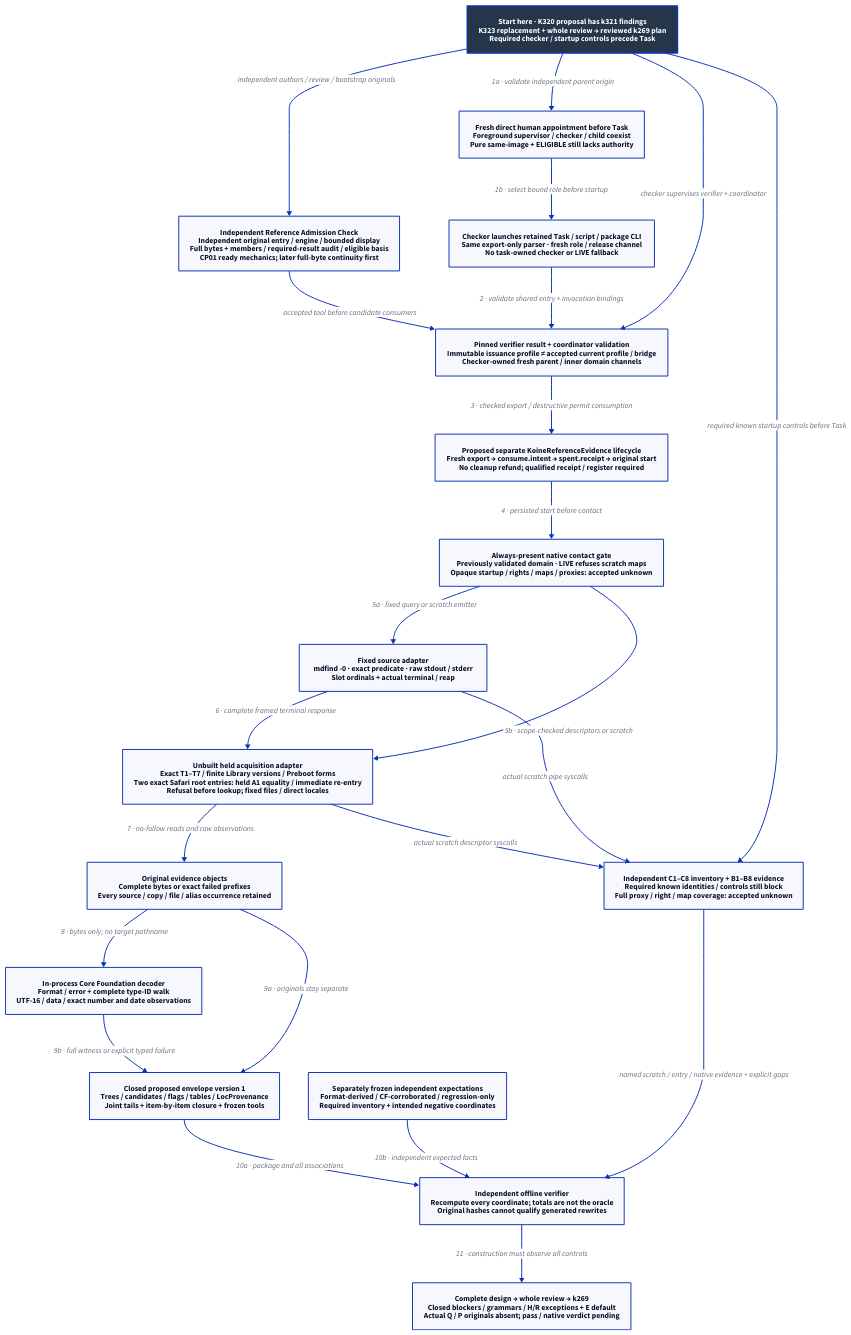
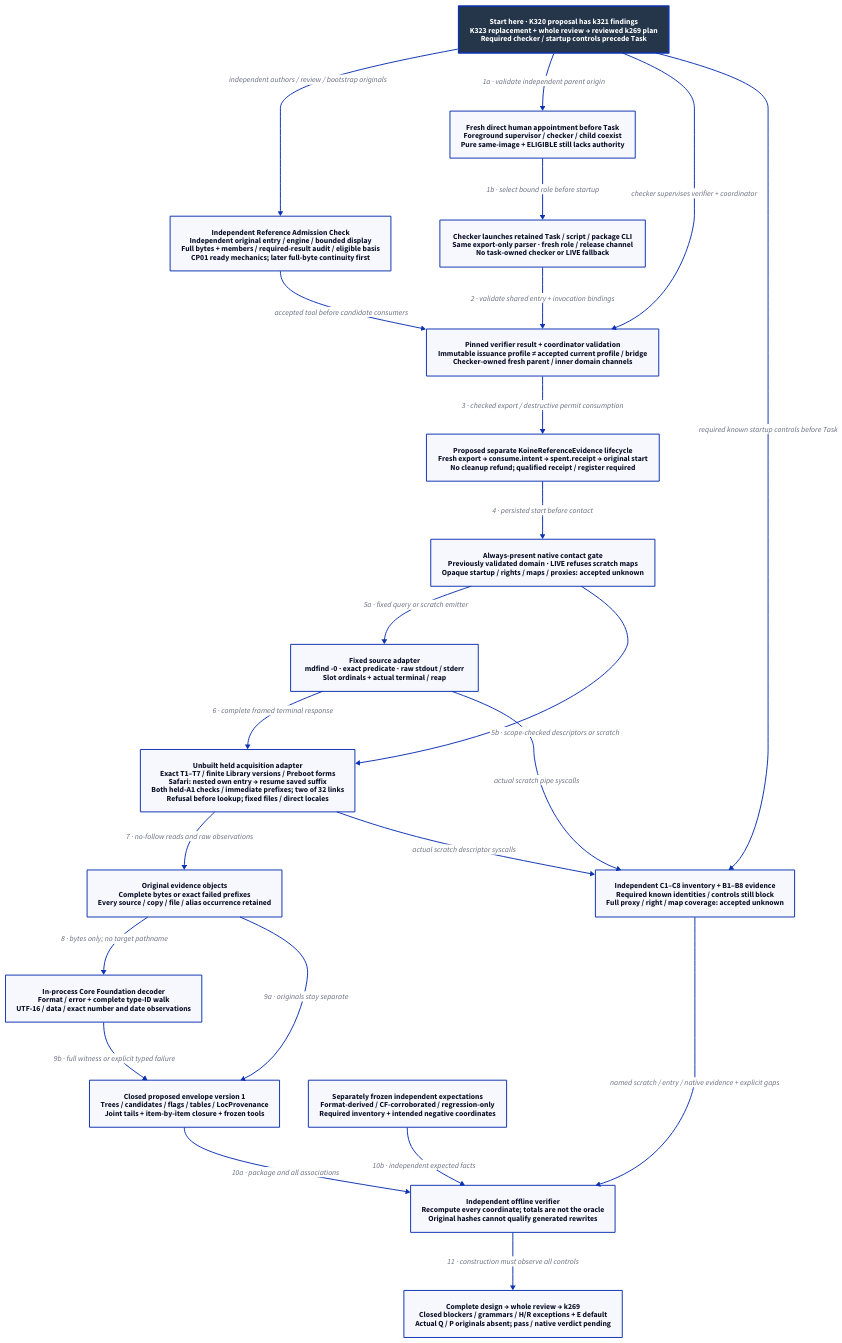
The diagram in docs/design/architecture/native-reference-instrument.d2 (Linkuistics/Koine), drawn with D2 before and after one commit. The commit also changed 22 other files, not shown here.

```diff
--- a/docs/design/architecture/native-reference-instrument.d2
+++ b/docs/design/architecture/native-reference-instrument.d2
@@ -1,43 +1,43 @@
 # Proposed evidence-tool components; none is implemented or qualified by this design.
 direction: down
 classes: {
   start: {style: {fill: "#25364B"; font-color: "#FFFFFF"; bold: true; stroke-width: 3}}
 }
 Start: "Start here · K320 proposal has k321 findings\nK323 replacement + whole review → reviewed k269 plan\nRequired checker / startup controls precede Task" {class: start}
 Role: "Fresh direct human appointment before Task\nForeground supervisor / checker / child coexist\nPure same-image + ELIGIBLE still lacks authority"
 Task: "Checker launches retained Task / script / package CLI\nSame export-only parser · fresh role / release channel\nNo task-owned checker or LIVE fallback"
 Admission: "Pinned verifier result + coordinator validation\nImmutable issuance profile ≠ accepted current profile / bridge\nChecker-owned fresh parent / inner domain channels"
 Authority: "Proposed separate KoineReferenceEvidence lifecycle\nFresh export → consume.intent → spent.receipt → original start\nNo cleanup refund; qualified receipt / register required"
 Gate: "Always-present native contact gate\nPreviously validated domain · LIVE refuses scratch maps\nOpaque startup / rights / maps / proxies: accepted unknown"
 Source: "Fixed source adapter\nmdfind -0 · exact predicate · raw stdout / stderr\nSlot ordinals + actual terminal / reap"
-Held: "Unbuilt held acquisition adapter\nExact T1–T7 / finite Library versions / Preboot forms\nTwo exact Safari root entries: held A1 equality / immediate re-entry\nRefusal before lookup; fixed files / direct locales"
+Held: "Unbuilt held acquisition adapter\nExact T1–T7 / finite Library versions / Preboot forms\nSafari: nested own entry → resume saved suffix\nBoth held-A1 checks / immediate prefixes; two of 32 links\nRefusal before lookup; fixed files / direct locales"
 Objects: "Original evidence objects\nComplete bytes or exact failed prefixes\nEvery source / copy / file / alias occurrence retained"
 Decoder: "In-process Core Foundation decoder\nFormat / error + complete type-ID walk\nUTF-16 / data / exact number and date observations"
 Envelope: "Closed proposed envelope version 1\nTrees / candidates / flags / tables / LocProvenance\nJoint tails + item-by-item closure + frozen tools"
 Oracle: "Separately frozen independent expectations\nFormat-derived / CF-corroborated / regression-only\nRequired inventory + intended negative coordinates"
 Observer: "Independent C1–C8 inventory + B1–B8 evidence\nRequired known identities / controls still block\nFull proxy / right / map coverage: accepted unknown"
 Verifier: "Independent offline verifier\nRecompute every coordinate; totals are not the oracle\nOriginal hashes cannot qualify generated rewrites"
 Boundary: "Complete design → whole review → k269\nClosed blockers / grammars / H/R exceptions + E default\nActual Q / P originals absent; pass / native verdict pending"
 Compare: "Independent Reference Admission Check\nIndependent original entry / engine / bounded display\nFull bytes + members / required-result audit / eligible basis\nCP01 ready mechanics; later full-byte continuity first"
 Compare -> Admission: "accepted tool before candidate consumers"
 Start -> Compare: "independent authors / review / bootstrap originals"
 Start -> Role: "1a · validate independent parent origin"
 Role -> Task: "1b · select bound role before startup"
 Start -> Admission: "checker supervises verifier + coordinator"
 Start -> Observer: "required known startup controls before Task"
 Task -> Admission: "2 · validate shared entry + invocation bindings"
 Admission -> Authority: "3 · checked export / destructive permit consumption"
 Authority -> Gate: "4 · persisted start before contact"
 Gate -> Source: "5a · fixed query or scratch emitter"
 Gate -> Held: "5b · scope-checked descriptors or scratch"
 Source -> Held: "6 · complete framed terminal response"
 Held -> Objects: "7 · no-follow reads and raw observations"
 Objects -> Decoder: "8 · bytes only; no target pathname"
 Objects -> Envelope: "9a · originals stay separate"
 Decoder -> Envelope: "9b · full witness or explicit typed failure"
 Envelope -> Verifier: "10a · package and all associations"
 Oracle -> Verifier: "10b · independent expected facts"
 Source -> Observer: "actual scratch pipe syscalls"
 Held -> Observer: "actual scratch descriptor syscalls"
 Observer -> Verifier: "named scratch / entry / native evidence + explicit gaps"
 Verifier -> Boundary: "11 · construction must observe all controls"
```
